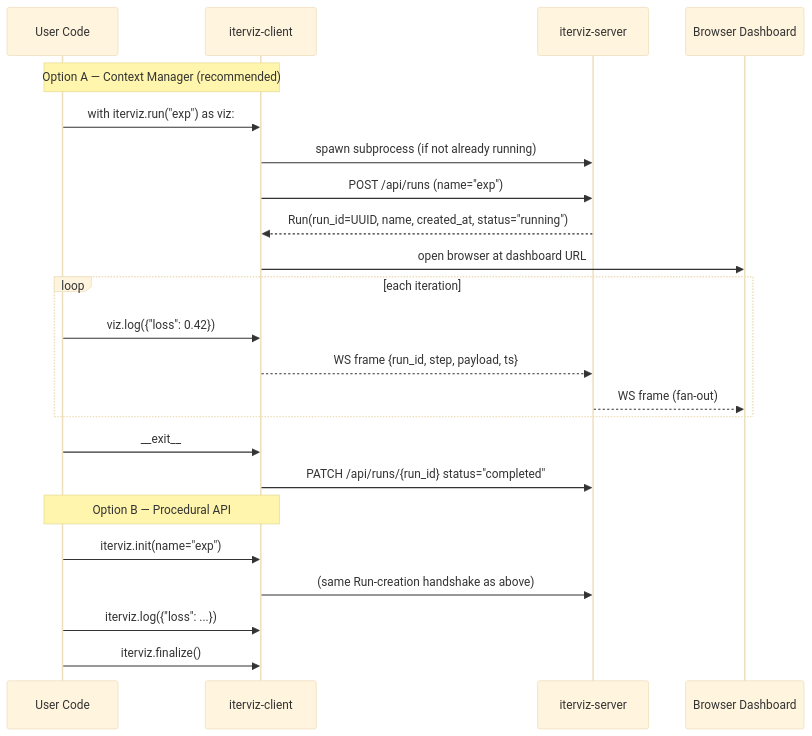
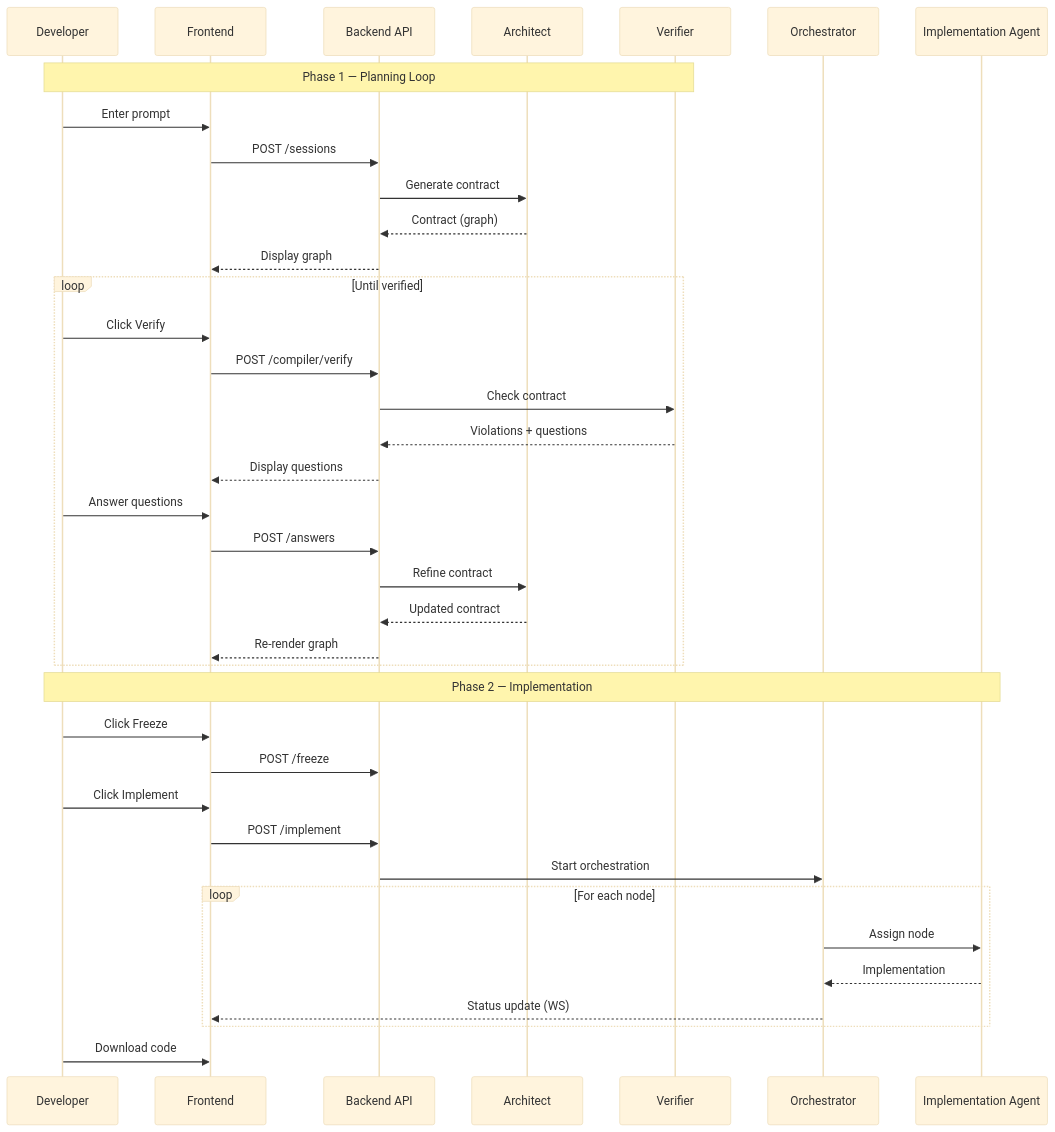
One commit to Ezimakyu/IterViz changed the second of 2 diagrams in docs/01-1-project-purpose-and-goals.md. Above: the diagram before and after it, drawn with Mermaid (base theme). The commit also changed other lines of this file and 17 other files, not shown here.

````diff
--- a/docs/01-1-project-purpose-and-goals.md
+++ b/docs/01-1-project-purpose-and-goals.md
@@ -41,27 +49,45 @@
 ```mermaid
 sequenceDiagram
-    participant User as User Code
-    participant Client as iterviz-client
-    participant Server as iterviz-server
-    participant UI as Browser Dashboard
+    participant Dev as Developer
+    participant UI as Frontend
+    participant API as Backend API
+    participant Arch as Architect
+    participant Ver as Verifier
+    participant Orch as Orchestrator
+    participant Agent as Implementation Agent
 
-    Note over User,Client: Option A — Context Manager (recommended)
-    User->>Client: with iterviz.run("exp") as viz:
-    Client->>Server: spawn subprocess (if not already running)
-    Client->>Server: POST /api/runs (name="exp")
-    Server-->>Client: Run(run_id=UUID, name, created_at, status="running")
-    Client->>UI: open browser at dashboard URL
-    loop each iteration
-        User->>Client: viz.log({"loss": 0.42})
-        Client-->>Server: WS frame {run_id, step, payload, ts}
-        Server-->>UI: WS frame (fan-out)
+    Note over Dev,Ver: Phase 1 — Planning Loop
+    Dev->>UI: Enter prompt
+    UI->>API: POST /sessions
+    API->>Arch: Generate contract
+    Arch-->>API: Contract (graph)
+    API-->>UI: Display graph
+    
+    loop Until verified
+        Dev->>UI: Click Verify
+        UI->>API: POST /compiler/verify
+        API->>Ver: Check contract
+        Ver-->>API: Violations + questions
+        API-->>UI: Display questions
+        Dev->>UI: Answer questions
+        UI->>API: POST /answers
+        API->>Arch: Refine contract
+        Arch-->>API: Updated contract
+        API-->>UI: Re-render graph
     end
-    User->>Client: __exit__
-    Client->>Server: PATCH /api/runs/{run_id} status="completed"
 
-    Note over User,Client: Option B — Procedural API
-    User->>Client: iterviz.init(name="exp")
-    Client->>Server: (same Run-creation handshake as above)
-    User->>Client: iterviz.log({"loss": ...})
-    User->>Client: iterviz.finalize()
+    Note over Dev,Agent: Phase 2 — Implementation
+    Dev->>UI: Click Freeze
+    UI->>API: POST /freeze
+    Dev->>UI: Click Implement
+    UI->>API: POST /implement
+    API->>Orch: Start orchestration
+    
+    loop For each node
+        Orch->>Agent: Assign node
+        Agent-->>Orch: Implementation
+        Orch-->>UI: Status update (WS)
+    end
+    
+    Dev->>UI: Download code
 ```
````
